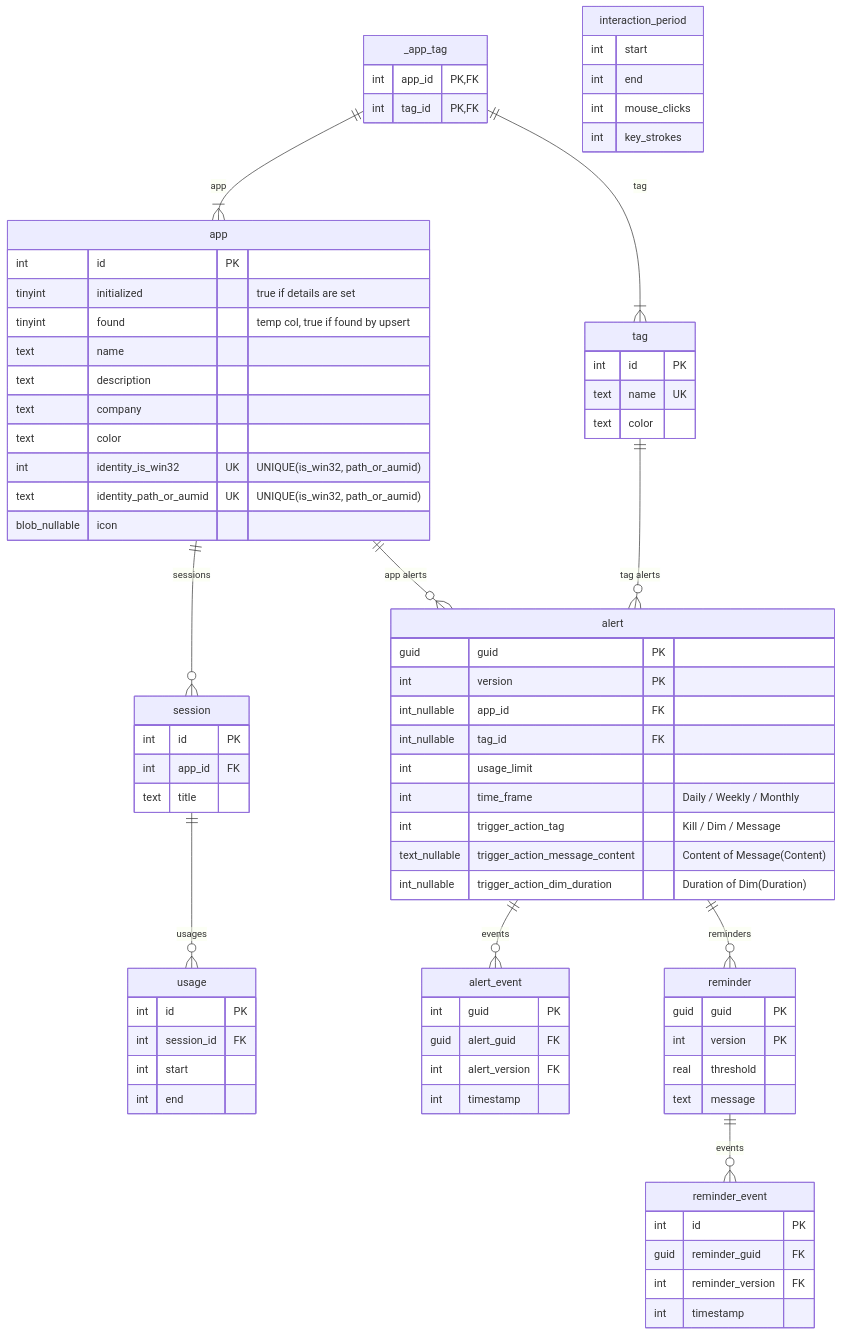
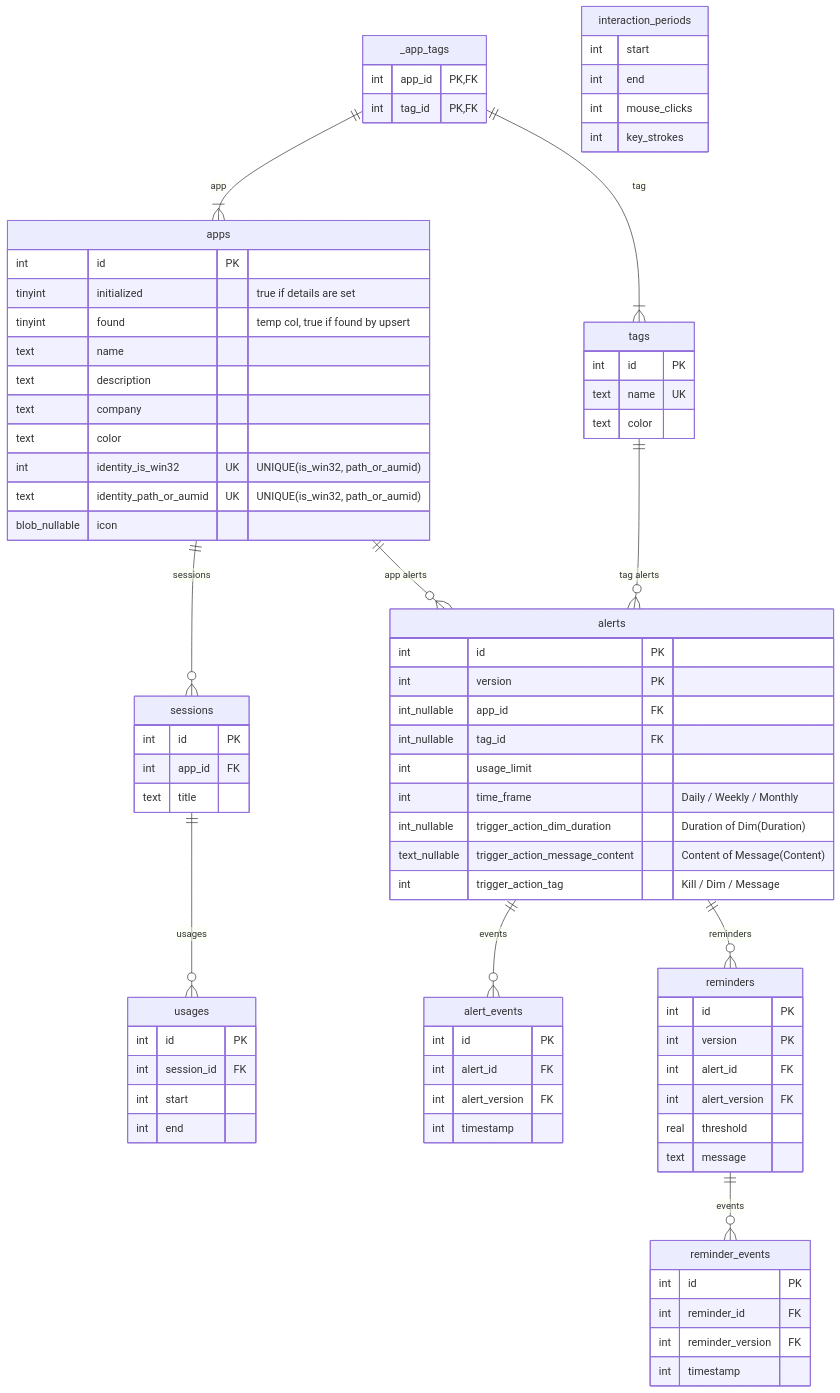
Before and after one commit to Enigmatrix/Cobalt: the diagram in DEV_GUIDE.md, drawn with Mermaid. The commit also changed other lines of this file, not shown here.

Commit message:
chore(docs): update ER diagram and terminology

````diff
--- a/DEV_GUIDE.md
+++ b/DEV_GUIDE.md
@@ -6,6 +6,6 @@
 ```mermaid
 erDiagram
-    app {
+    apps {
         int             id PK
         tinyint         initialized "true if details are set"
         tinyint         found   "temp col, true if found by upsert"
@@ -18,77 +18,79 @@
         blob_nullable   icon
     }
 
-    tag {
+    tags {
         int             id PK
         text            name UK
         text            color
     }
 
-    "_app_tag" {
+    "_app_tags" {
         int             app_id PK,FK
         int             tag_id PK,FK
     }
 
-    session {
+    sessions {
         int             id PK
         int             app_id FK
         text            title
     }
 
-    usage {
+    usages {
         int             id PK
         int             session_id FK
         int             start
         int             end
     }
 
-    interaction_period {
+    interaction_periods {
         int             start
         int             end
         int             mouse_clicks
         int             key_strokes
     }
 
-    alert {
-        guid            guid PK
+    alerts {
+        int             id PK
         int             version PK
         int_nullable    app_id FK
         int_nullable    tag_id FK
         int             usage_limit
         int             time_frame      "Daily / Weekly / Monthly"
+        int_nullable    trigger_action_dim_duration     "Duration of Dim(Duration)"
+        text_nullable   trigger_action_message_content     "Content of Message(Content)"
         int             trigger_action_tag      "Kill / Dim / Message"
-        text_nullable   trigger_action_message_content     "Content of Message(Content)"
-        int_nullable    trigger_action_dim_duration     "Duration of Dim(Duration)"
     }
 
-    alert_event {
-        int             guid PK
-        guid            alert_guid FK
+    alert_events {
+        int             id PK
+        int             alert_id FK
         int             alert_version FK
         int             timestamp
     }
 
-    reminder {
-        guid            guid PK
+    reminders {
+        int             id PK
         int             version PK
+        int             alert_id FK
+        int             alert_version FK
         real            threshold
         text            message
     }
 
-    reminder_event {
+    reminder_events {
         int             id PK
-        guid            reminder_guid FK
+        int             reminder_id FK
         int             reminder_version FK
         int             timestamp
     }
 
-    app ||--o{ session : sessions
-    session ||--o{ usage : usages
-    "_app_tag" ||--|{ app : app
-    "_app_tag" ||--|{ tag : tag
-    app ||--o{ alert : "app alerts"
-    tag ||--o{ alert : "tag alerts"
-    alert ||--o{ reminder : reminders
-    alert ||--o{ alert_event : events
-    reminder ||--o{ reminder_event : events
+    apps ||--o{ sessions : sessions
+    sessions ||--o{ usages : usages
+    "_app_tags" ||--|{ apps : app
+    "_app_tags" ||--|{ tags : tag
+    apps ||--o{ alerts : "app alerts"
+    tags ||--o{ alerts : "tag alerts"
+    alerts ||--o{ reminders : reminders
+    alerts ||--o{ alert_events : events
+    reminders ||--o{ reminder_events : events
 ```
````
